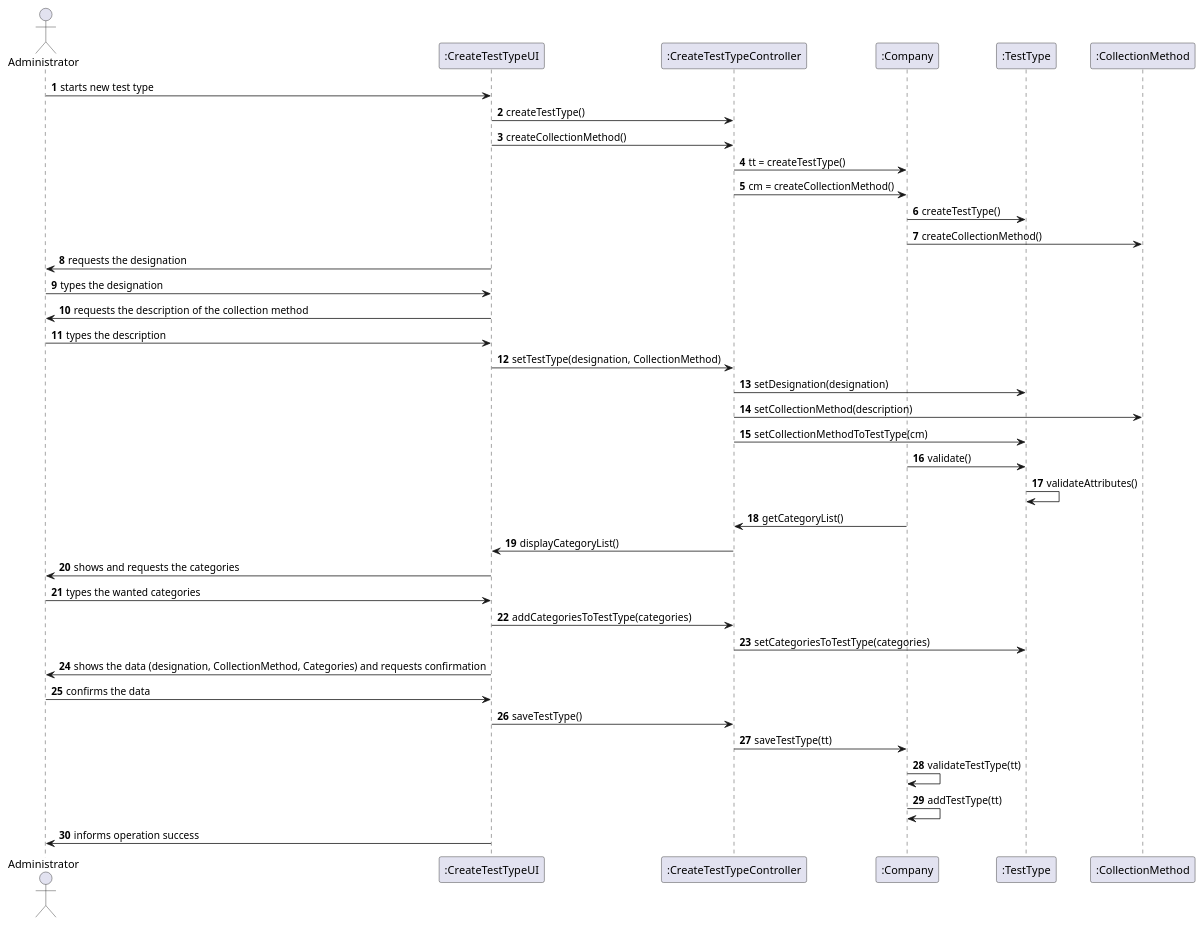
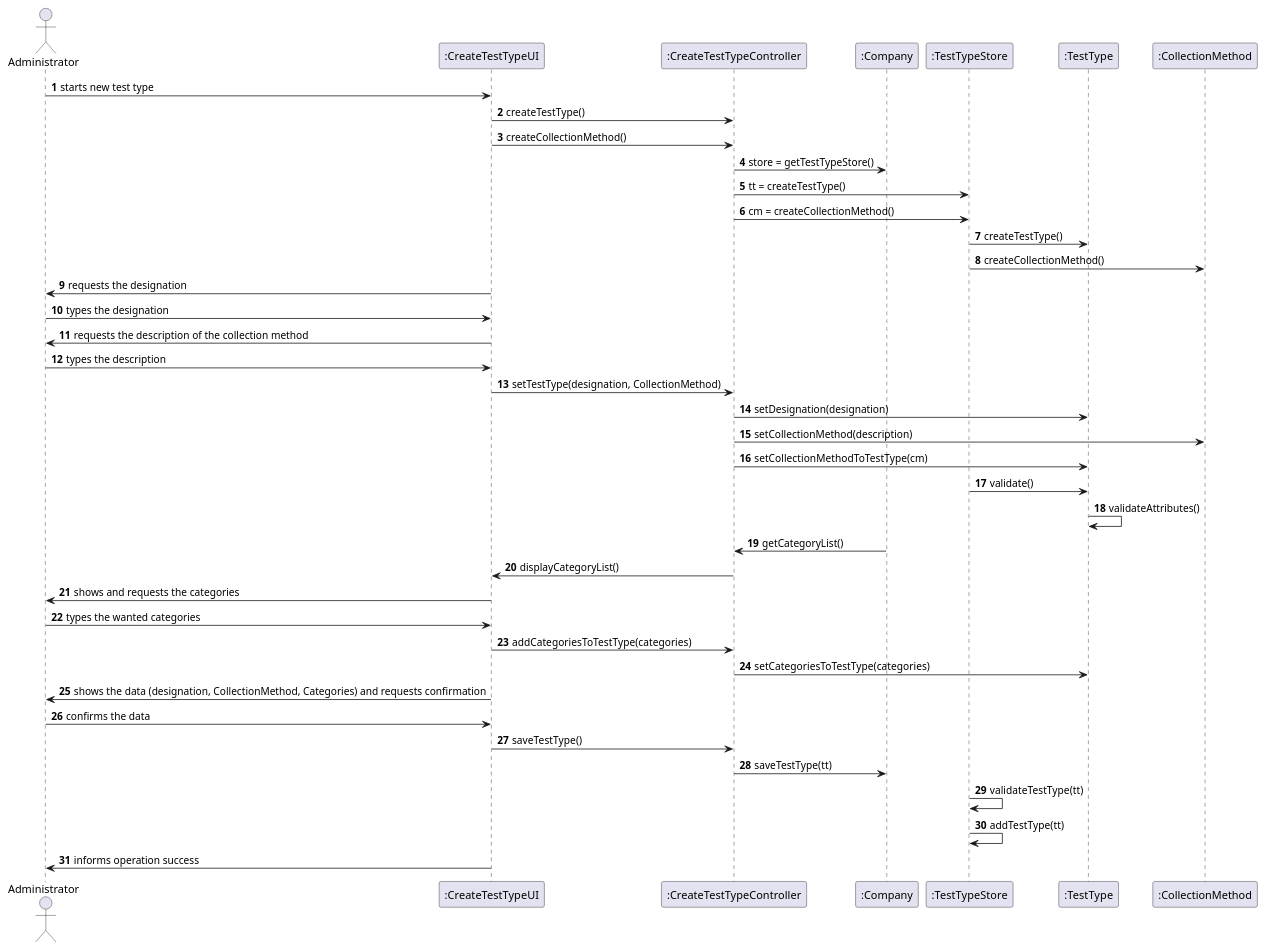
The diagram in docs/SprintB/US9/US9_SD.puml (MadDinosaur/ISEP-LAPR2), drawn with PlantUML before and after one commit. The commit also changed 6 other files, not shown here.

```diff
--- a/docs/SprintB/US9/US9_SD.puml
+++ b/docs/SprintB/US9/US9_SD.puml
@@ -1,48 +1,49 @@
 @startuml
 
 
 autonumber
 
 actor Administrator
 
 Administrator -> ":CreateTestTypeUI": starts new test type
 ":CreateTestTypeUI" -> ":CreateTestTypeController": createTestType()
 ":CreateTestTypeUI" -> ":CreateTestTypeController": createCollectionMethod()
-":CreateTestTypeController" -> ":Company": tt = createTestType()
-":CreateTestTypeController" -> ":Company": cm = createCollectionMethod()
-":Company" -> ":TestType": createTestType()
-":Company" -> ":CollectionMethod": createCollectionMethod()
+":CreateTestTypeController" -> ":Company": store = getTestTypeStore()
+":CreateTestTypeController" -> ":TestTypeStore": tt = createTestType()
+":CreateTestTypeController" -> ":TestTypeStore": cm = createCollectionMethod()
+":TestTypeStore" -> ":TestType": createTestType()
+":TestTypeStore" -> ":CollectionMethod": createCollectionMethod()
 
 ":CreateTestTypeUI" -> Administrator: requests the designation
 Administrator -> ":CreateTestTypeUI": types the designation
 ":CreateTestTypeUI" -> Administrator: requests the description of the collection method
 Administrator -> ":CreateTestTypeUI": types the description
 
 ":CreateTestTypeUI" -> ":CreateTestTypeController": setTestType(designation, CollectionMethod)
 ":CreateTestTypeController" -> ":TestType": setDesignation(designation)
 ":CreateTestTypeController" -> ":CollectionMethod": setCollectionMethod(description)
 ":CreateTestTypeController" -> ":TestType": setCollectionMethodToTestType(cm)
 
-":Company" -> ":TestType": validate()
+":TestTypeStore" -> ":TestType": validate()
 ":TestType" -> ":TestType": validateAttributes()
 
 ":Company" -> ":CreateTestTypeController": getCategoryList()
 ":CreateTestTypeController" -> ":CreateTestTypeUI": displayCategoryList()
 
 ":CreateTestTypeUI" -> Administrator: shows and requests the categories
 Administrator -> ":CreateTestTypeUI": types the wanted categories
 
 ":CreateTestTypeUI" -> ":CreateTestTypeController": addCategoriesToTestType(categories)
 ":CreateTestTypeController" -> ":TestType": setCategoriesToTestType(categories)
 ":CreateTestTypeUI" -> Administrator: shows the data (designation, CollectionMethod, Categories) and requests confirmation
 Administrator -> ":CreateTestTypeUI": confirms the data
 ":CreateTestTypeUI" -> ":CreateTestTypeController": saveTestType()
 ":CreateTestTypeController" -> ":Company": saveTestType(tt)
-":Company" -> ":Company": validateTestType(tt)
-":Company" -> ":Company": addTestType(tt)
+":TestTypeStore" -> ":TestTypeStore": validateTestType(tt)
+":TestTypeStore" -> ":TestTypeStore": addTestType(tt)
 
 ":CreateTestTypeUI" -> Administrator: informs operation success
 
 
 
 @enduml
```
